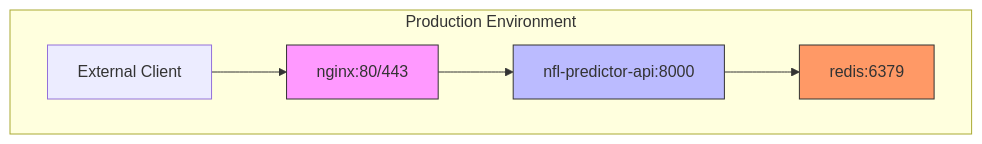
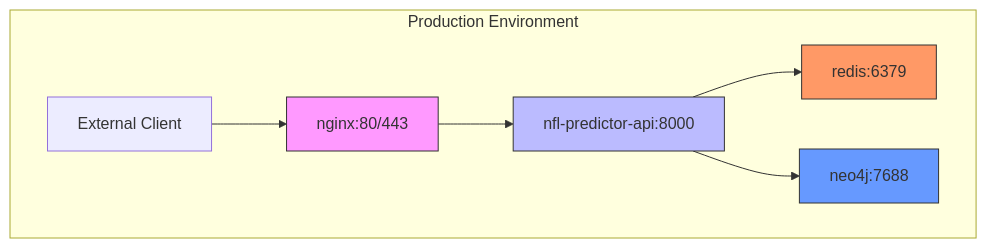
The first of 4 diagrams in .qoder/repowiki/en/content/Deployment & Operations.md (Lego4005/nfl-predictor-api), drawn with Mermaid before and after one commit. The commit also changed other lines of this file and 146 other files, not shown here.

````diff
--- a/.qoder/repowiki/en/content/Deployment & Operations.md
+++ b/.qoder/repowiki/en/content/Deployment & Operations.md
@@ -30,11 +45,13 @@
 ```mermaid
 graph TB
 subgraph "Production Environment"
 Nginx[nginx:80/443] --> API[nfl-predictor-api:8000]
 API --> Redis[redis:6379]
+API --> Neo4j[neo4j:7688]
 Client[External Client] --> Nginx
 end
 style Nginx fill:#f9f,stroke:#333
 style API fill:#bbf,stroke:#333
 style Redis fill:#f96,stroke:#333
+style Neo4j fill:#69f,stroke:#333
 ```
````
